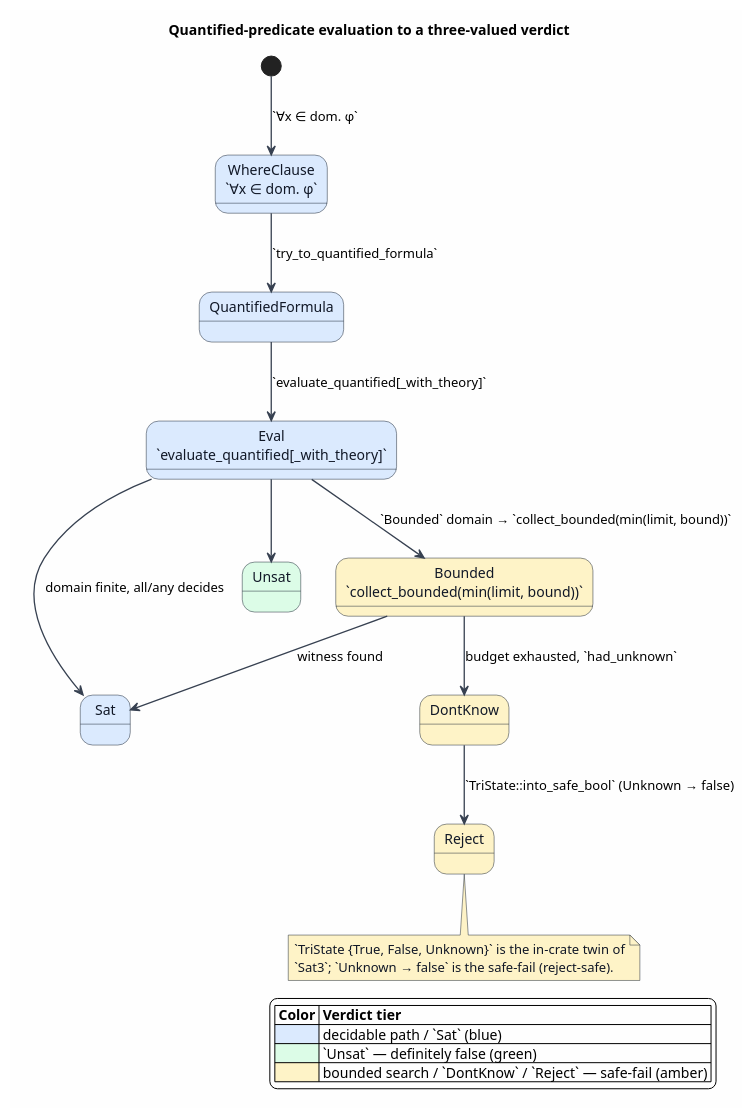
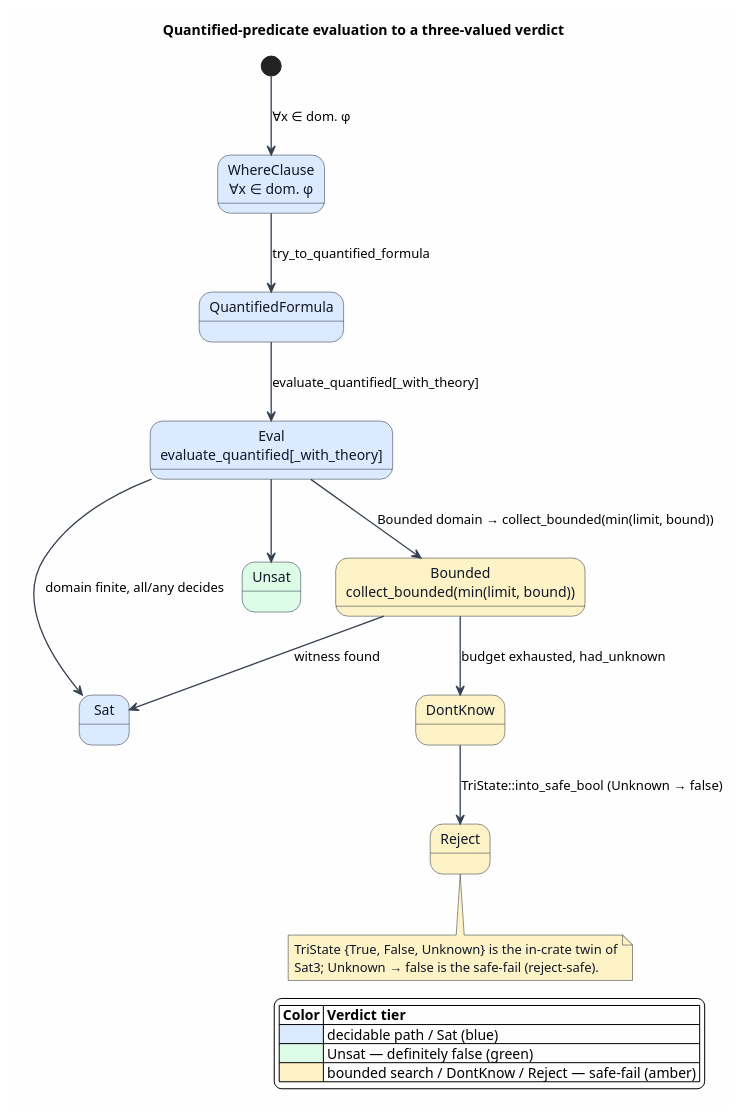
The diagram in docs/architecture/semantic-predicates/figures/13-quantified-eval.puml (F1R3FLY-io/mettail-rust), drawn with PlantUML before and after one commit. The commit also changed 51 other files, not shown here.

```diff
--- a/docs/architecture/semantic-predicates/figures/13-quantified-eval.puml
+++ b/docs/architecture/semantic-predicates/figures/13-quantified-eval.puml
@@ -1,53 +1,53 @@
 @startuml
 skinparam backgroundColor #FEFEFE
 skinparam shadowing false
 skinparam ArrowColor #374151
 skinparam ArrowThickness 1.3
 skinparam state {
   BorderColor #1F2937
   FontColor #111827
 }
 skinparam note {
   BorderColor #1F2937
   FontColor #111827
 }
 
 title Quantified-predicate evaluation to a three-valued verdict
 
 ' ── Ingestion: a where-clause becomes a QuantifiedFormula, then is evaluated ──
-state "WhereClause\n`∀x ∈ dom. φ`" as WhereClause #DBEAFE
+state "WhereClause\n∀x ∈ dom. φ" as WhereClause #DBEAFE
 state "QuantifiedFormula" as QuantifiedFormula #DBEAFE
-state "Eval\n`evaluate_quantified[_with_theory]`" as Eval #DBEAFE
+state "Eval\nevaluate_quantified[_with_theory]" as Eval #DBEAFE
 
-[*] --> WhereClause : `∀x ∈ dom. φ`
-WhereClause --> QuantifiedFormula : `try_to_quantified_formula`
-QuantifiedFormula --> Eval : `evaluate_quantified[_with_theory]`
+[*] --> WhereClause : ∀x ∈ dom. φ
+WhereClause --> QuantifiedFormula : try_to_quantified_formula
+QuantifiedFormula --> Eval : evaluate_quantified[_with_theory]
 
 ' ── Three verdict outcomes from Eval ──
 state "Sat" as Sat #DBEAFE
 state "Unsat" as Unsat #DCFCE7
-state "Bounded\n`collect_bounded(min(limit, bound))`" as Bounded #FEF3C7
+state "Bounded\ncollect_bounded(min(limit, bound))" as Bounded #FEF3C7
 state "DontKnow" as DontKnow #FEF3C7
 state "Reject" as Reject #FEF3C7
 
 Eval --> Sat   : domain finite, all/any decides
 Eval --> Unsat
-Eval --> Bounded : `Bounded` domain → `collect_bounded(min(limit, bound))`
+Eval --> Bounded : Bounded domain → collect_bounded(min(limit, bound))
 
 Bounded --> Sat      : witness found
-Bounded --> DontKnow : budget exhausted, `had_unknown`
+Bounded --> DontKnow : budget exhausted, had_unknown
 
-DontKnow --> Reject : `TriState::into_safe_bool`  (Unknown → false)
+DontKnow --> Reject : TriState::into_safe_bool  (Unknown → false)
 
 note bottom of Reject #FEF3C7
-  `TriState {True, False, Unknown}` is the in-crate twin of
-  `Sat3`; `Unknown → false` is the safe-fail (reject-safe).
+  TriState {True, False, Unknown} is the in-crate twin of
+  Sat3; Unknown → false is the safe-fail (reject-safe).
 end note
 
 legend right
 |= Color |= Verdict tier |
-|<#DBEAFE> | decidable path / `Sat` (blue) |
-|<#DCFCE7> | `Unsat` — definitely false (green) |
-|<#FEF3C7> | bounded search / `DontKnow` / `Reject` — safe-fail (amber) |
+|<#DBEAFE> | decidable path / Sat (blue) |
+|<#DCFCE7> | Unsat — definitely false (green) |
+|<#FEF3C7> | bounded search / DontKnow / Reject — safe-fail (amber) |
 endlegend
 @enduml
```
